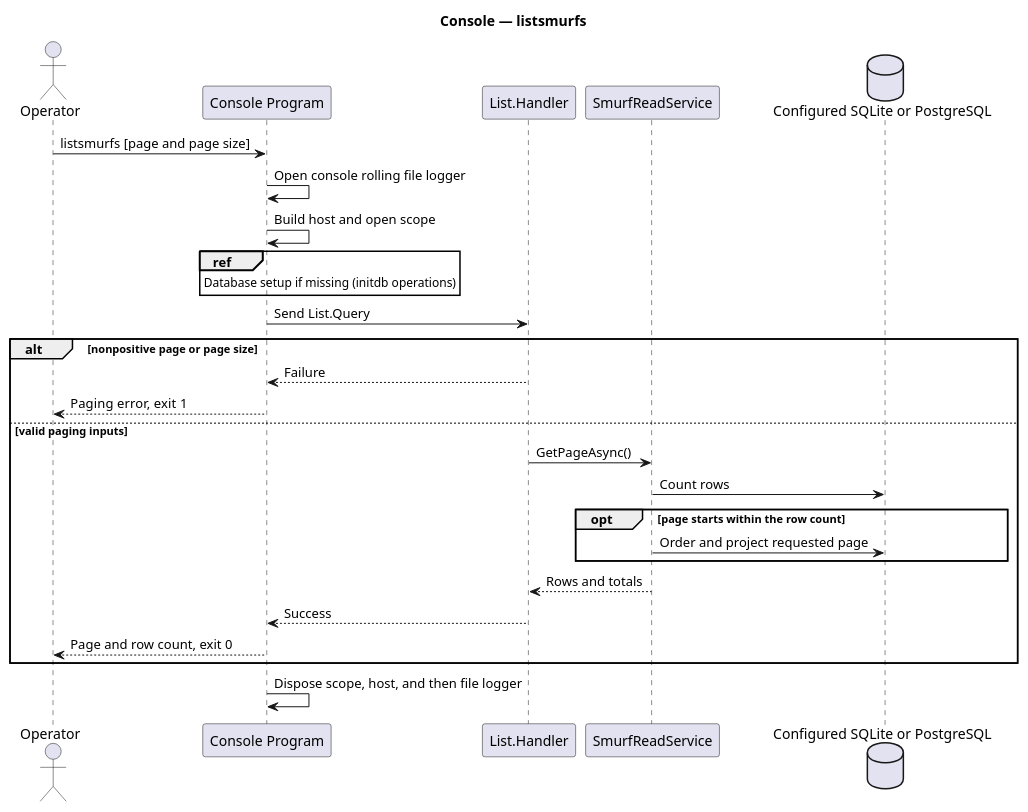
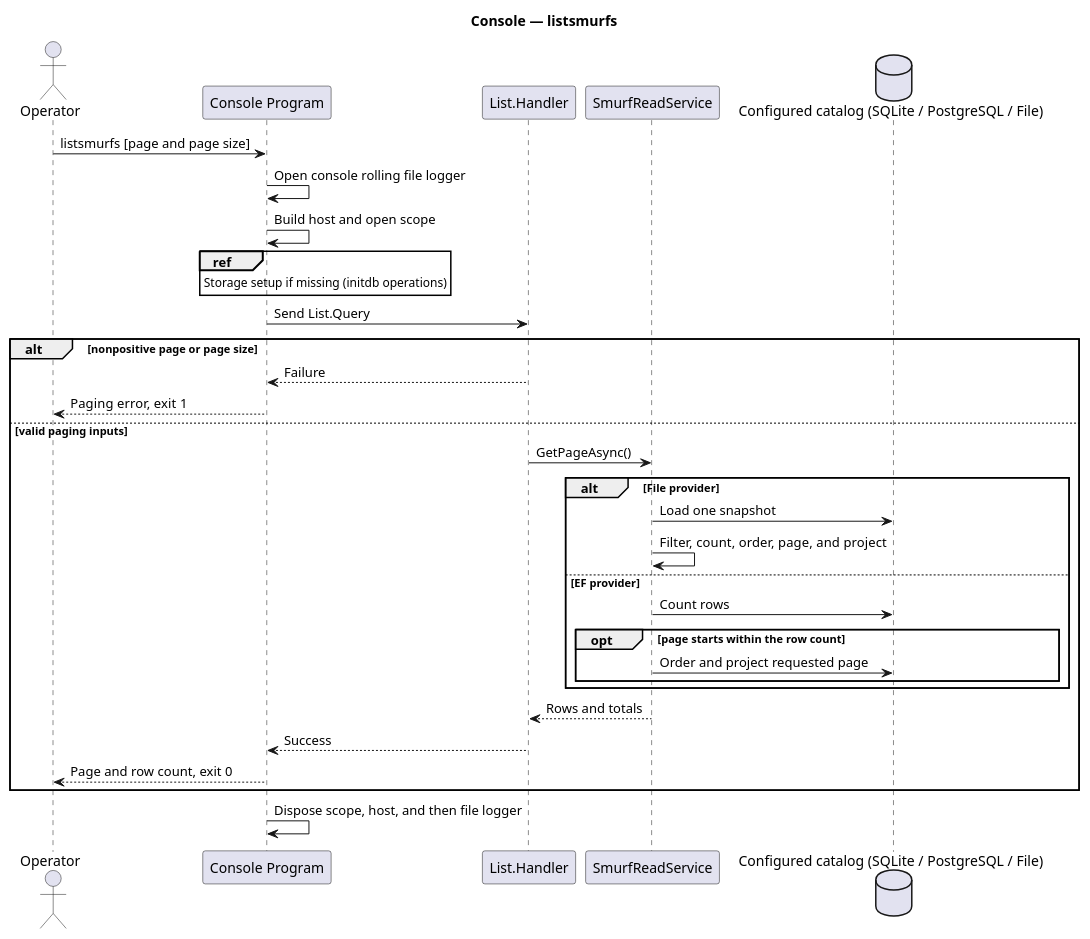
One commit to EbbeMeloSorensen/Smurfs changed the diagram in docs/behavioral/diagrams/console-listsmurfs.puml. Above: the diagram before and after it, drawn with PlantUML. The commit also changed 35 other files, not shown here.

```diff
--- a/docs/behavioral/diagrams/console-listsmurfs.puml
+++ b/docs/behavioral/diagrams/console-listsmurfs.puml
@@ -1,28 +1,33 @@
 @startuml
 title Console — listsmurfs
 actor Operator
 participant "Console Program" as CLI
 participant "List.Handler" as List
 participant SmurfReadService as Read
-database "Configured SQLite or PostgreSQL" as DB
+database "Configured catalog (SQLite / PostgreSQL / File)" as DB
 
 Operator -> CLI : listsmurfs [page and page size]
 CLI -> CLI : Open console rolling file logger
 CLI -> CLI : Build host and open scope
-ref over CLI : Database setup if missing (initdb operations)
+ref over CLI : Storage setup if missing (initdb operations)
 CLI -> List : Send List.Query
 alt nonpositive page or page size
   List --> CLI : Failure
   CLI --> Operator : Paging error, exit 1
 else valid paging inputs
   List -> Read : GetPageAsync()
-  Read -> DB : Count rows
-  opt page starts within the row count
-    Read -> DB : Order and project requested page
+  alt File provider
+    Read -> DB : Load one snapshot
+    Read -> Read : Filter, count, order, page, and project
+  else EF provider
+    Read -> DB : Count rows
+    opt page starts within the row count
+      Read -> DB : Order and project requested page
+    end
   end
   Read --> List : Rows and totals
   List --> CLI : Success
   CLI --> Operator : Page and row count, exit 0
 end
 CLI -> CLI : Dispose scope, host, and then file logger
 @enduml
```
